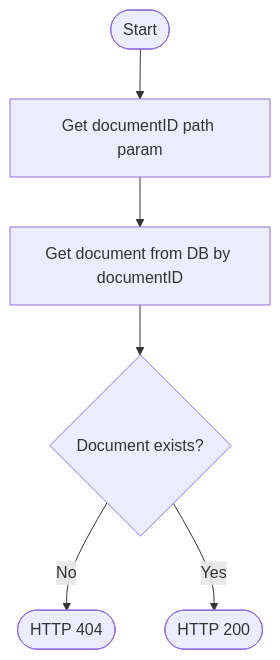
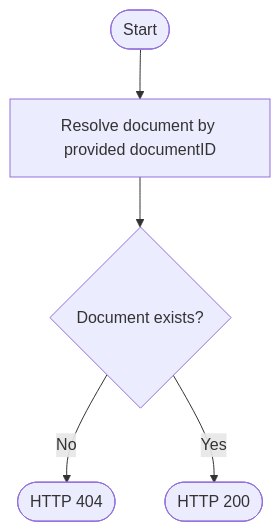
One commit to gran-software-solutions/blog changed the second of 2 diagrams in blog/2023-03-21-concurrency-in-rest-apis/index.mdx. Above: the diagram before and after it, drawn with Mermaid.

Commit message:
Concurrent APIs - formatting

````diff
--- a/blog/2023-03-21-concurrency-in-rest-apis/index.mdx
+++ b/blog/2023-03-21-concurrency-in-rest-apis/index.mdx
@@ -117,8 +117,7 @@
 ```mermaid
 flowchart TD
-    A([Start]) --> B[Get documentID path param]
-    B --> C[Get document from DB by documentID]
-    C --> D{Document exists?}
-    D -- No --> E([HTTP 404])
-    D -- Yes --> F([HTTP 200])
+    A([Start]) --> B[Resolve document by provided documentID]
+    B --> C{Document exists?}
+    C -- No --> D([HTTP 404])
+    C -- Yes --> E([HTTP 200])
 ```
````
